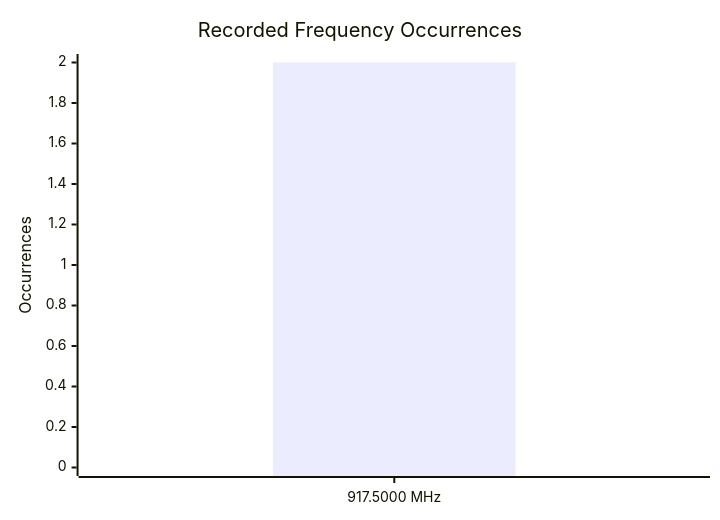
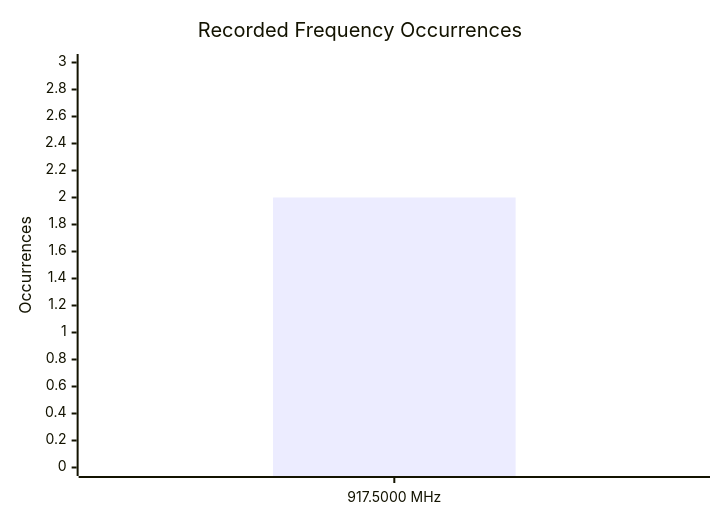
One commit to DuckyOnQuack-999/ELECTROMAGNETIC-AUDIO-TRANSDUCTION changed the first of 2 diagrams in README.md. Above: the diagram before and after it, drawn with Mermaid. The commit also changed other lines of this file, not shown here.

````diff
--- a/README.md
+++ b/README.md
@@ -20,7 +20,7 @@
 ```mermaid
 xychart-beta
     title "Recorded Frequency Occurrences"
     x-axis ["917.5000 MHz"]
-    y-axis "Occurrences" 0 --> 2
+    y-axis "Occurrences" 0 --> 3
     bar [2, 2]
 ```
````
